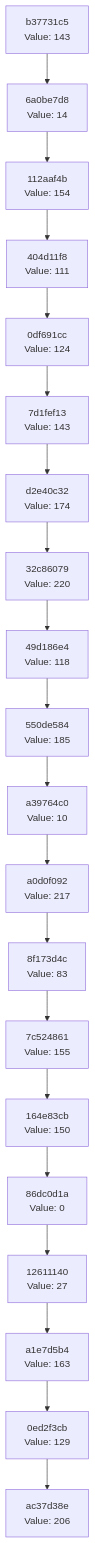
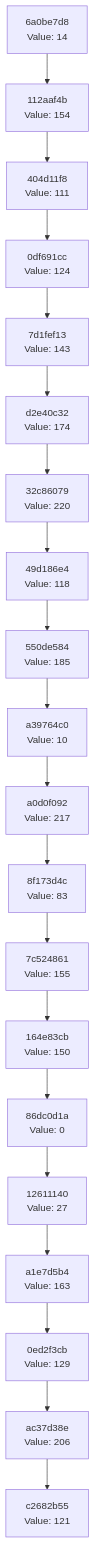
One commit to Abhisheksinha1506/hash-chain-evolver changed the diagram in docs/CHAIN_VISUALIZATION.md. Above: the diagram before and after it, drawn with Mermaid. The commit also changed 2 other files, not shown here.

Commit message:
Evolution Step

````diff
--- a/docs/CHAIN_VISUALIZATION.md
+++ b/docs/CHAIN_VISUALIZATION.md
@@ -3,42 +3,42 @@
 ```mermaid
 graph TD
-    C0["ac37d38e<br/>Value: 206"]
-    C1["0ed2f3cb<br/>Value: 129"]
+    C0["c2682b55<br/>Value: 121"]
+    C1["ac37d38e<br/>Value: 206"]
     C1 --> C0
-    C2["a1e7d5b4<br/>Value: 163"]
+    C2["0ed2f3cb<br/>Value: 129"]
     C2 --> C1
-    C3["12611140<br/>Value: 27"]
+    C3["a1e7d5b4<br/>Value: 163"]
     C3 --> C2
-    C4["86dc0d1a<br/>Value: 0"]
+    C4["12611140<br/>Value: 27"]
     C4 --> C3
-    C5["164e83cb<br/>Value: 150"]
+    C5["86dc0d1a<br/>Value: 0"]
     C5 --> C4
-    C6["7c524861<br/>Value: 155"]
+    C6["164e83cb<br/>Value: 150"]
     C6 --> C5
-    C7["8f173d4c<br/>Value: 83"]
+    C7["7c524861<br/>Value: 155"]
     C7 --> C6
-    C8["a0d0f092<br/>Value: 217"]
+    C8["8f173d4c<br/>Value: 83"]
     C8 --> C7
-    C9["a39764c0<br/>Value: 10"]
+    C9["a0d0f092<br/>Value: 217"]
     C9 --> C8
-    C10["550de584<br/>Value: 185"]
+    C10["a39764c0<br/>Value: 10"]
     C10 --> C9
-    C11["49d186e4<br/>Value: 118"]
+    C11["550de584<br/>Value: 185"]
     C11 --> C10
-    C12["32c86079<br/>Value: 220"]
+    C12["49d186e4<br/>Value: 118"]
     C12 --> C11
-    C13["d2e40c32<br/>Value: 174"]
+    C13["32c86079<br/>Value: 220"]
     C13 --> C12
-    C14["7d1fef13<br/>Value: 143"]
+    C14["d2e40c32<br/>Value: 174"]
     C14 --> C13
-    C15["0df691cc<br/>Value: 124"]
+    C15["7d1fef13<br/>Value: 143"]
     C15 --> C14
-    C16["404d11f8<br/>Value: 111"]
+    C16["0df691cc<br/>Value: 124"]
     C16 --> C15
-    C17["112aaf4b<br/>Value: 154"]
+    C17["404d11f8<br/>Value: 111"]
     C17 --> C16
-    C18["6a0be7d8<br/>Value: 14"]
+    C18["112aaf4b<br/>Value: 154"]
     C18 --> C17
-    C19["b37731c5<br/>Value: 143"]
+    C19["6a0be7d8<br/>Value: 14"]
     C19 --> C18
 ```
````
